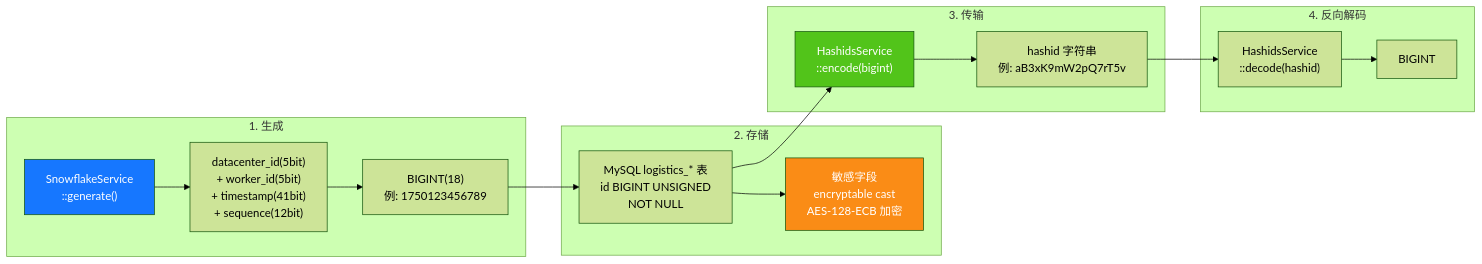
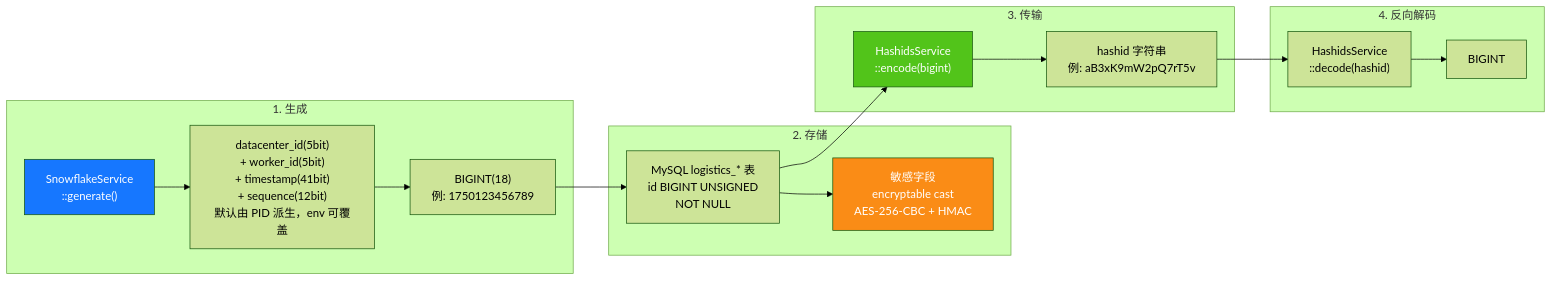
One commit to erikwang2013/integrated-global-logistics changed the seventh of 13 diagrams in admin/docs/ARCHITECTURE.md. Above: the diagram before and after it, drawn with Mermaid (forest theme). The commit also changed other lines of this file and 88 other files, not shown here.

````diff
--- a/admin/docs/ARCHITECTURE.md
+++ b/admin/docs/ARCHITECTURE.md
@@ -358,33 +358,33 @@
 ```mermaid
 flowchart LR
     subgraph "1. 生成"
         G1["SnowflakeService<br/>::generate()"]
-        G2["datacenter_id(5bit)<br/>+ worker_id(5bit)<br/>+ timestamp(41bit)<br/>+ sequence(12bit)"]
+        G2["datacenter_id(5bit)<br/>+ worker_id(5bit)<br/>+ timestamp(41bit)<br/>+ sequence(12bit)<br/>默认由 PID 派生，env 可覆盖"]
         G3["BIGINT(18)<br/>例: 1750123456789"]
         G1 --> G2 --> G3
     end
 
     subgraph "2. 存储"
         S1["MySQL logistics_* 表<br/>id BIGINT UNSIGNED<br/>NOT NULL"]
-        S2["敏感字段<br/>encryptable cast<br/>AES-128-ECB 加密"]
+        S2["敏感字段<br/>encryptable cast<br/>AES-256-CBC + HMAC"]
         G3 --> S1
         S1 --> S2
     end
 
     subgraph "3. 传输"
         T1["HashidsService<br/>::encode(bigint)"]
         T2["hashid 字符串<br/>例: aB3xK9mW2pQ7rT5v"]
         S1 --> T1
         T1 --> T2
     end
 
     subgraph "4. 反向解码"
         R1["HashidsService<br/>::decode(hashid)"]
         R2["BIGINT"]
         T2 --> R1 --> R2
     end
 
     style G1 fill:#1677FF,color:#fff
     style T1 fill:#52C41A,color:#fff
     style S2 fill:#FA8C16,color:#fff
 ```
````
